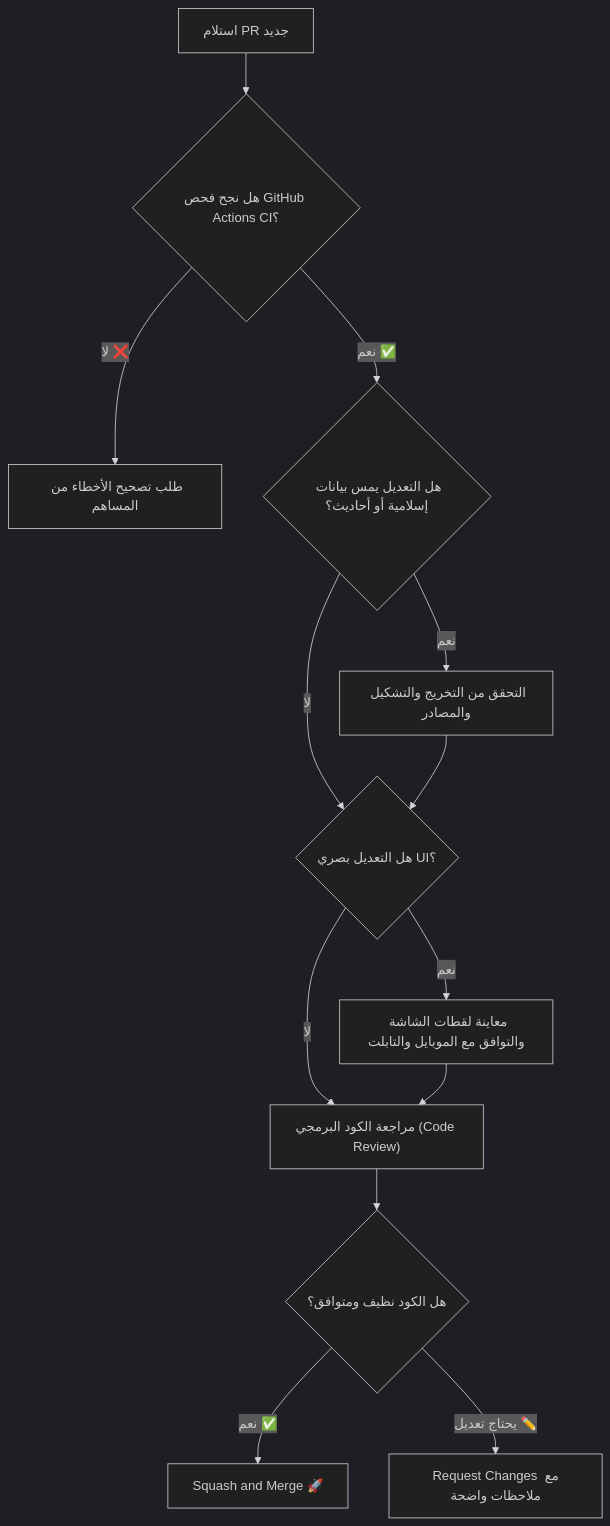
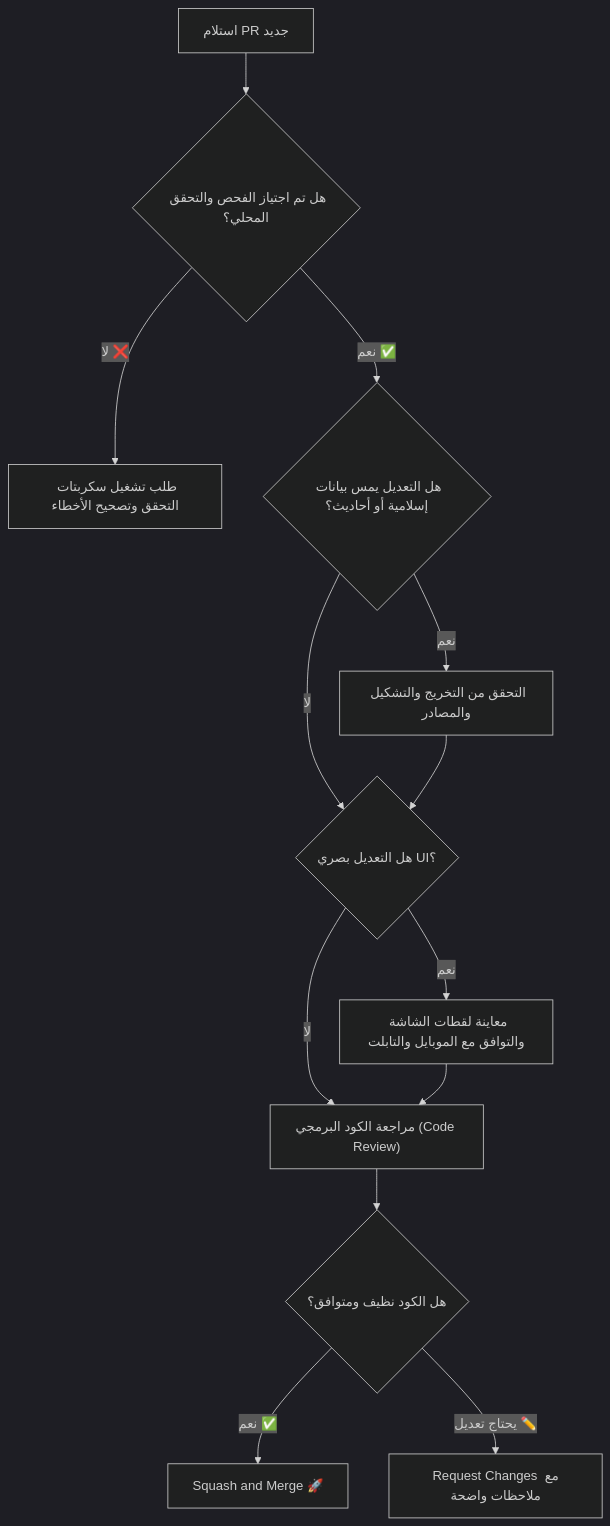
One commit to Mohamed-Mohamed-Hozien/Prayer-Azkar changed the diagram in MAINTAINER_GUIDE.md. Above: the diagram before and after it, drawn with Mermaid (dark theme). The commit also changed other lines of this file and 5 other files, not shown here.

Commit message:
chore: remove GitHub Actions CI workflow and related references

````diff
--- a/MAINTAINER_GUIDE.md
+++ b/MAINTAINER_GUIDE.md
@@ -9,15 +9,15 @@
 ```mermaid
 graph TD
-    A["استلام PR جديد"] --> B{"هل نجح فحص GitHub Actions CI؟"}
-    B -- لا ❌ --> C["طلب تصحيح الأخطاء من المساهم"]
+    A["استلام PR جديد"] --> B{"هل تم اجتياز الفحص والتحقق المحلي؟"}
+    B -- لا ❌ --> C["طلب تشغيل سكربتات التحقق وتصحيح الأخطاء"]
     B -- نعم ✅ --> D{"هل التعديل يمس بيانات إسلامية أو أحاديث؟"}
     D -- نعم --> E["التحقق من التخريج والتشكيل والمصادر"]
     D -- لا --> F{"هل التعديل بصري UI؟"}
     E --> F
     F -- نعم --> G["معاينة لقطات الشاشة والتوافق مع الموبايل والتابلت"]
     F -- لا --> H["مراجعة الكود البرمجي (Code Review)"]
     G --> H
     H --> I{"هل الكود نظيف ومتوافق؟"}
     I -- نعم ✅ --> J["Squash and Merge 🚀"]
     I -- يحتاج تعديل ✏️ --> K["Request Changes مع ملاحظات واضحة"]
 ```
````
